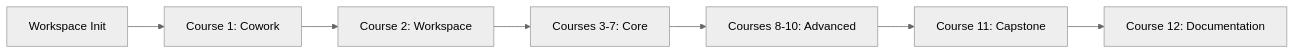
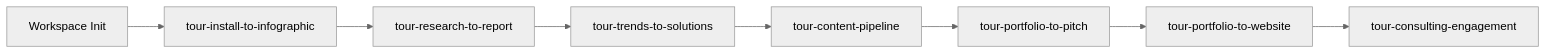
The diagram in cogni-help/skills/workflow/references/internal-workflows/full-onboarding.md (cogni-work/insight-wave), drawn with Mermaid (neutral theme) before and after one commit. The commit also changed other lines of this file and 36 other files, not shown here.

````diff
--- a/cogni-help/skills/workflow/references/internal-workflows/full-onboarding.md
+++ b/cogni-help/skills/workflow/references/internal-workflows/full-onboarding.md
@@ -7,9 +7,10 @@
 ```mermaid
 graph LR
-    A[Workspace Init] --> B[Course 1: Cowork]
-    B --> C[Course 2: Workspace]
-    C --> D[Courses 3-7: Core]
-    D --> E[Courses 8-10: Advanced]
-    E --> F[Course 11: Capstone]
-    F --> G[Course 12: Documentation]
+    A[Workspace Init] --> B[tour-install-to-infographic]
+    B --> C[tour-research-to-report]
+    C --> D[tour-trends-to-solutions]
+    D --> E[tour-content-pipeline]
+    E --> F[tour-portfolio-to-pitch]
+    F --> G[tour-portfolio-to-website]
+    G --> H[tour-consulting-engagement]
 ```
````
